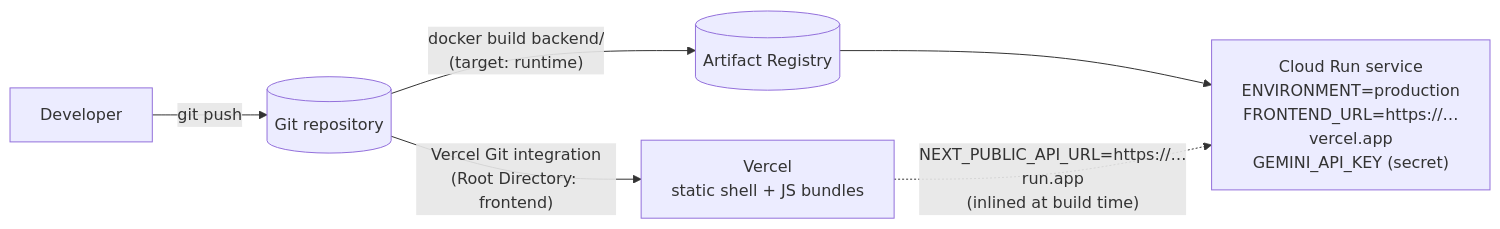
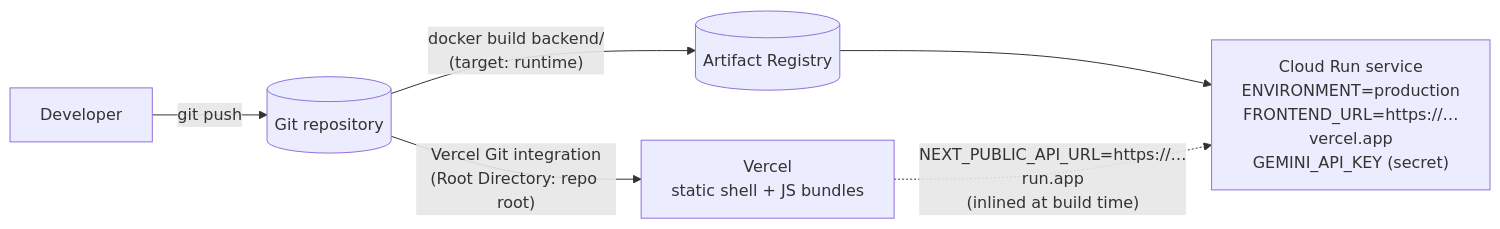
One commit to cmlf1598/trader-pulse changed the fifth of 5 diagrams in ARCHITECTURE.md. Above: the diagram before and after it, drawn with Mermaid. The commit also changed other lines of this file and 85 other files, not shown here.

First line of the commit message:
Move the Next.js app to the repo root for the autograder

````diff
--- a/ARCHITECTURE.md
+++ b/ARCHITECTURE.md
@@ -173,8 +173,8 @@
 ```mermaid
 flowchart LR
     Dev["Developer"] -- git push --> Repo[("Git repository")]
-    Repo -- "Vercel Git integration<br/>(Root Directory: frontend)" --> V["Vercel<br/>static shell + JS bundles"]
+    Repo -- "Vercel Git integration<br/>(Root Directory: repo root)" --> V["Vercel<br/>static shell + JS bundles"]
     Repo -- "docker build backend/<br/>(target: runtime)" --> AR[("Artifact Registry")]
     AR --> CR["Cloud Run service<br/>ENVIRONMENT=production<br/>FRONTEND_URL=https://…vercel.app<br/>GEMINI_API_KEY (secret)"]
     V -. "NEXT_PUBLIC_API_URL=https://…run.app<br/>(inlined at build time)" .-> CR
 ```
````
